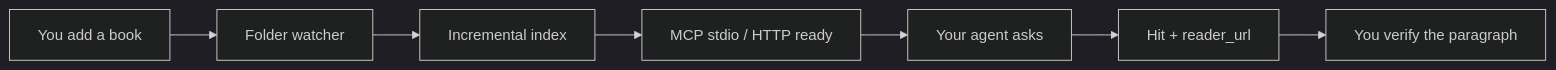
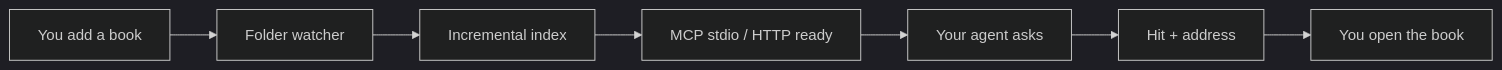
One commit to nonlinear/librarian changed the diagram in README.md. Above: the diagram before and after it, drawn with Mermaid (dark theme). The commit also changed other lines of this file, not shown here.

````diff
--- a/README.md
+++ b/README.md
@@ -503,9 +372,9 @@
 ```mermaid
 flowchart LR
     BOOK[You add a book] --> WATCH[Folder watcher]
     WATCH --> INDEX[Incremental index]
     INDEX --> MCP[MCP stdio / HTTP ready]
     MCP --> AGENT[Your agent asks]
-    AGENT --> CITATION[Hit + reader_url]
-    CITATION --> READER[You verify the paragraph]
+    AGENT --> CITATION[Hit + address]
+    CITATION --> READER[You open the book]
 ```
````
